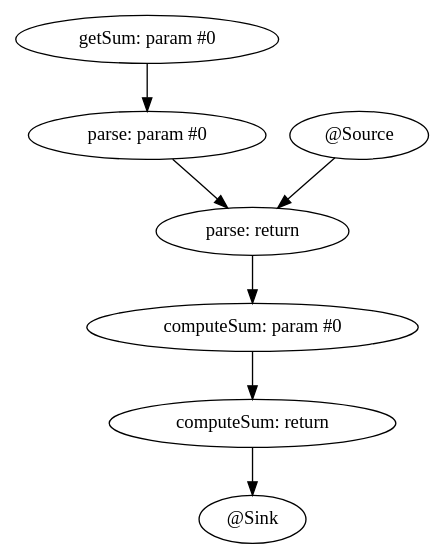
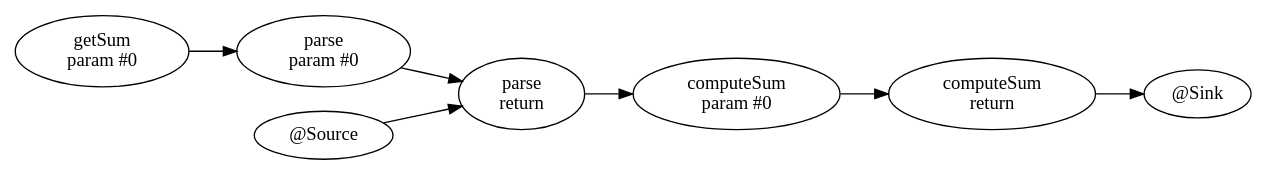
The diagram in docs/contract.dot (SOF3/enclavlow), drawn with Graphviz before and after one commit. The commit also changed 22 other files, not shown here.

```diff
--- a/docs/contract.dot
+++ b/docs/contract.dot
@@ -1,13 +1,14 @@
 digraph contract {
-getSumParam0[label = "getSum: param \#0"];
-parseParam0[label = "parse: param \#0"];
-parseReturn[label = "parse: return"];
-computeSumParam0[label = "computeSum: param \#0"];
-computeSumReturn[label = "computeSum: return"];
+rankdir = "LR";
+getSumParam0[label = "getSum\n param \#0"];
+parseParam0[label = "parse\n param \#0"];
+parseReturn[label = "parse\n return"];
+computeSumParam0[label = "computeSum\n param \#0"];
+computeSumReturn[label = "computeSum\n return"];
 getSumParam0 -> parseParam0;
 parseParam0 -> parseReturn;
 "@Source" -> parseReturn;
 parseReturn -> computeSumParam0;
 computeSumParam0 -> computeSumReturn;
 computeSumReturn -> "@Sink";
 }
```
